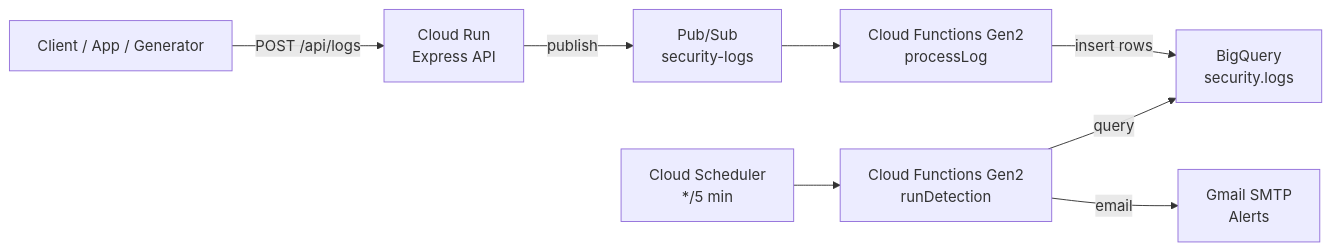
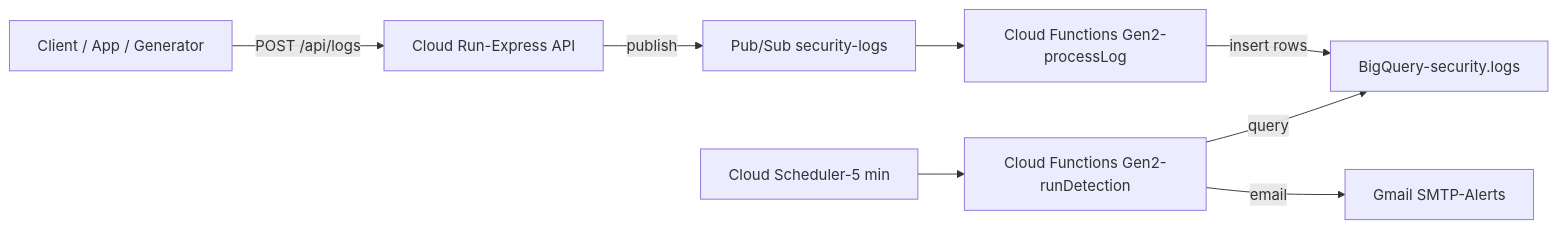
The first of 2 diagrams in README.md (bbbbyw/SecurityLogMonitoringSystem), drawn with Mermaid before and after one commit.

````diff
--- a/README.md
+++ b/README.md
@@ -12,10 +12,10 @@
 ```mermaid
 flowchart LR
-  A[Client / App / Generator] -->|POST /api/logs| B[Cloud Run\nExpress API]
-  B -->|publish| C[Pub/Sub\nsecurity-logs]
-  C --> D[Cloud Functions Gen2\nprocessLog]
-  D -->|insert rows| E[BigQuery\nsecurity.logs]
-  F[Cloud Scheduler\n*/5 min] --> G[Cloud Functions Gen2\nrunDetection]
+  A[Client / App / Generator] -->|POST /api/logs| B[Cloud Run-Express API]
+  B -->|publish| C[Pub/Sub security-logs]
+  C --> D[Cloud Functions Gen2-processLog]
+  D -->|insert rows| E[BigQuery-security.logs]
+  F[Cloud Scheduler-5 min] --> G[Cloud Functions Gen2-runDetection]
   G -->|query| E
-  G -->|email| H[Gmail SMTP\nAlerts]
+  G -->|email| H[Gmail SMTP-Alerts]
 ```
````
